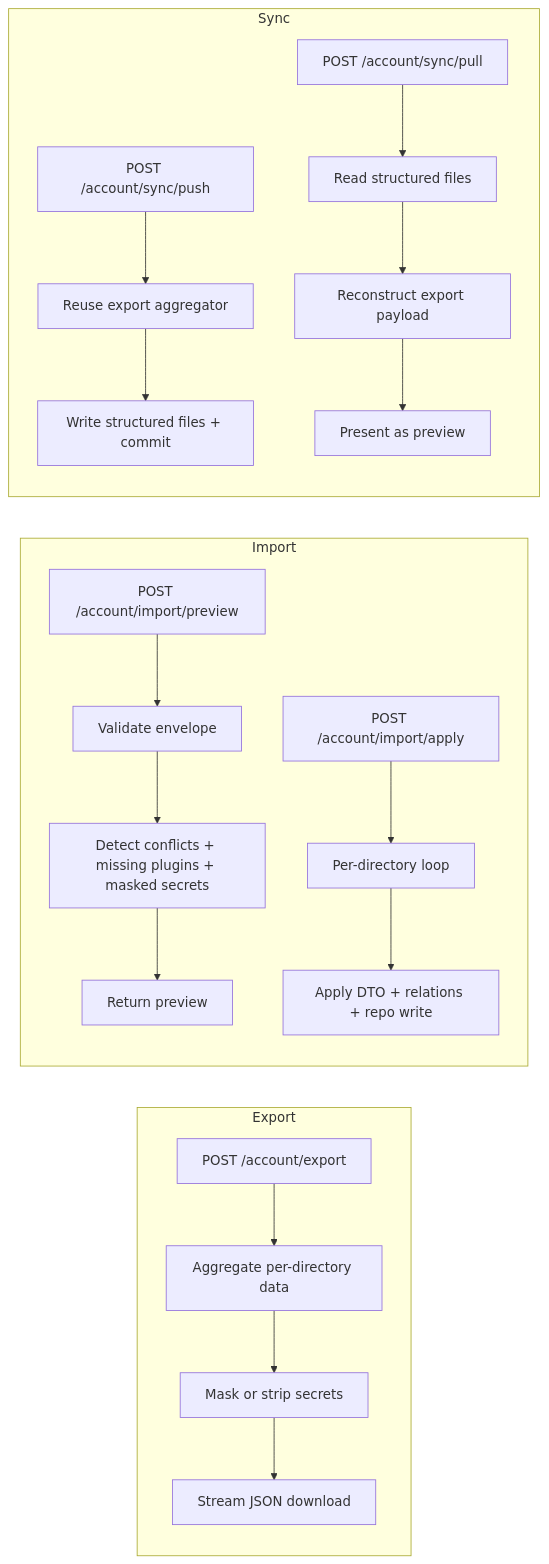
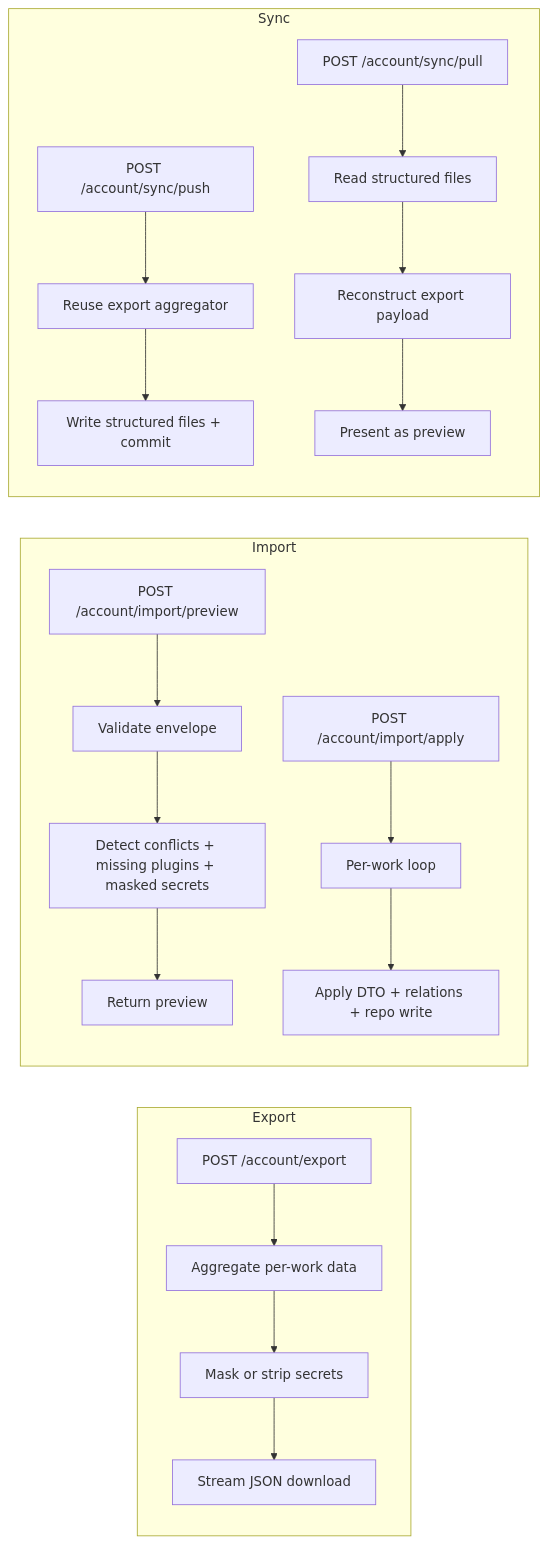
The diagram in docs/specs/features/data-management/plan.md (ever-works/ever-works), drawn with Mermaid before and after one commit. The commit also changed other lines of this file and 395 other files, not shown here.

````diff
--- a/docs/specs/features/data-management/plan.md
+++ b/docs/specs/features/data-management/plan.md
@@ -12,22 +12,22 @@
 ```mermaid
 flowchart LR
     subgraph Export
-        E1[POST /account/export] --> E2[Aggregate per-directory data]
+        E1[POST /account/export] --> E2[Aggregate per-work data]
         E2 --> E3[Mask or strip secrets]
         E3 --> E4[Stream JSON download]
     end
     subgraph Import
         I1[POST /account/import/preview] --> I2[Validate envelope]
         I2 --> I3[Detect conflicts + missing plugins + masked secrets]
         I3 --> I4[Return preview]
-        I5[POST /account/import/apply] --> I6[Per-directory loop]
+        I5[POST /account/import/apply] --> I6[Per-work loop]
         I6 --> I7[Apply DTO + relations + repo write]
     end
     subgraph Sync
         S1[POST /account/sync/push] --> S2[Reuse export aggregator]
         S2 --> S3[Write structured files + commit]
         S4[POST /account/sync/pull] --> S5[Read structured files]
         S5 --> S6[Reconstruct export payload]
         S6 --> S7[Present as preview]
     end
 ```
````
